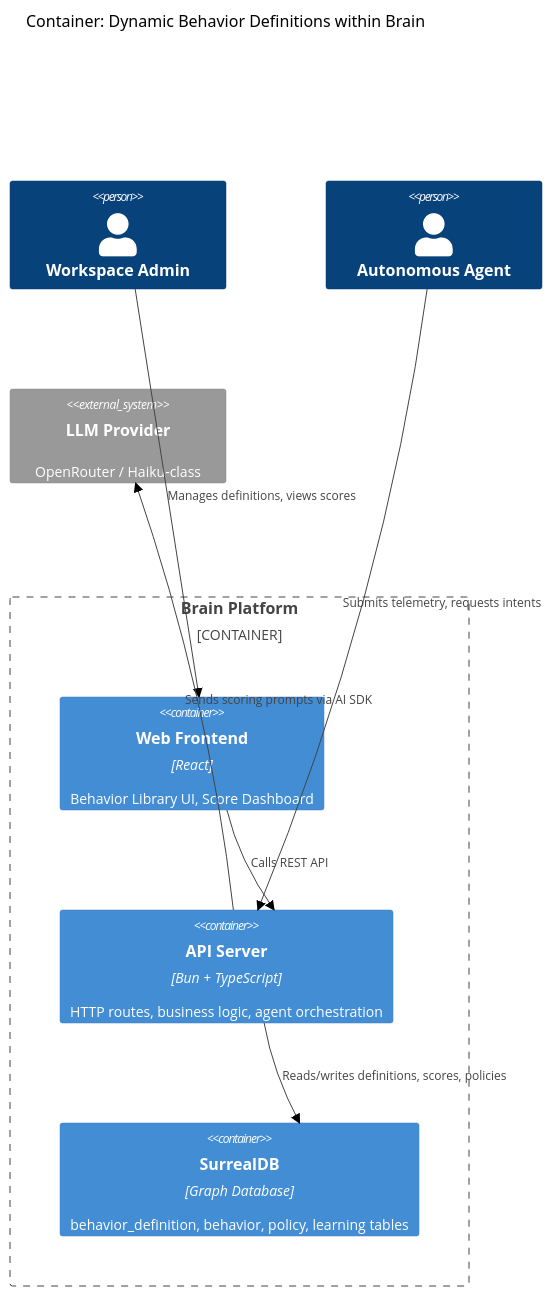
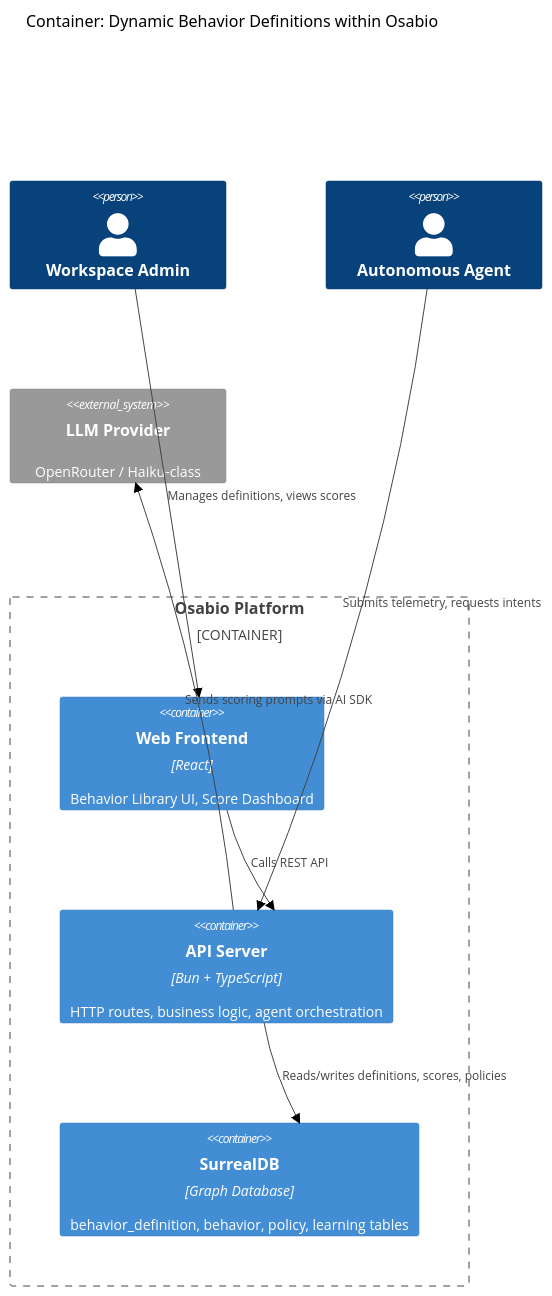
The second of 3 diagrams in docs/feature/dynamic-behaviors/design/architecture-design.md (marcus-sa/osabio), drawn with Mermaid (forest theme) before and after one commit. The commit also changed other lines of this file and 525 other files, not shown here.

First line of the commit message:
refactor: rename brain to osabio (#203)

````diff
--- a/docs/feature/dynamic-behaviors/design/architecture-design.md
+++ b/docs/feature/dynamic-behaviors/design/architecture-design.md
@@ -41,21 +41,21 @@
 ```mermaid
 C4Container
-    title Container: Dynamic Behavior Definitions within Brain
+    title Container: Dynamic Behavior Definitions within Osabio
 
     Person(admin, "Workspace Admin")
     Person(agent, "Autonomous Agent")
 
-    Container_Boundary(brain, "Brain Platform") {
+    Container_Boundary(osabio, "Osabio Platform") {
         Container(web_ui, "Web Frontend", "React", "Behavior Library UI, Score Dashboard")
         Container(api_server, "API Server", "Bun + TypeScript", "HTTP routes, business logic, agent orchestration")
         Container(surreal_db, "SurrealDB", "Graph Database", "behavior_definition, behavior, policy, learning tables")
     }
 
     System_Ext(llm, "LLM Provider", "OpenRouter / Haiku-class")
 
     Rel(admin, web_ui, "Manages definitions, views scores")
     Rel(web_ui, api_server, "Calls REST API")
     Rel(agent, api_server, "Submits telemetry, requests intents")
     Rel(api_server, surreal_db, "Reads/writes definitions, scores, policies")
     Rel(api_server, llm, "Sends scoring prompts via AI SDK")
 ```
````
